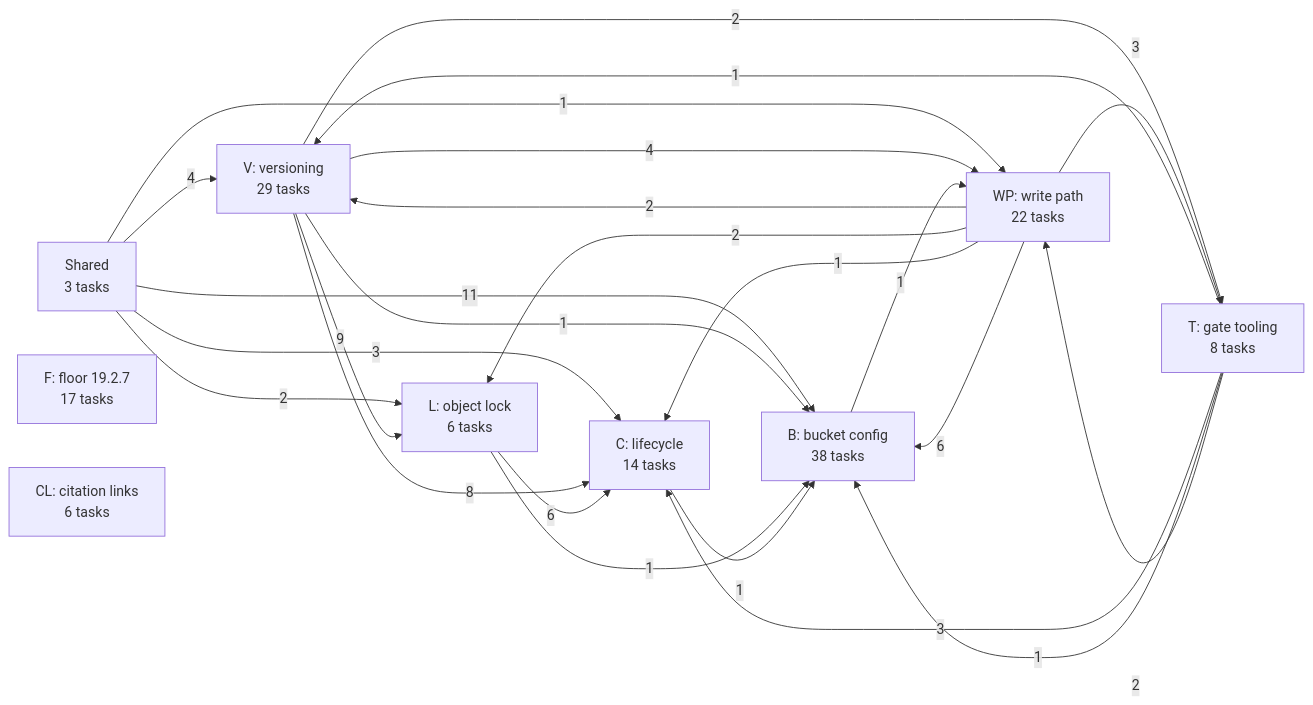
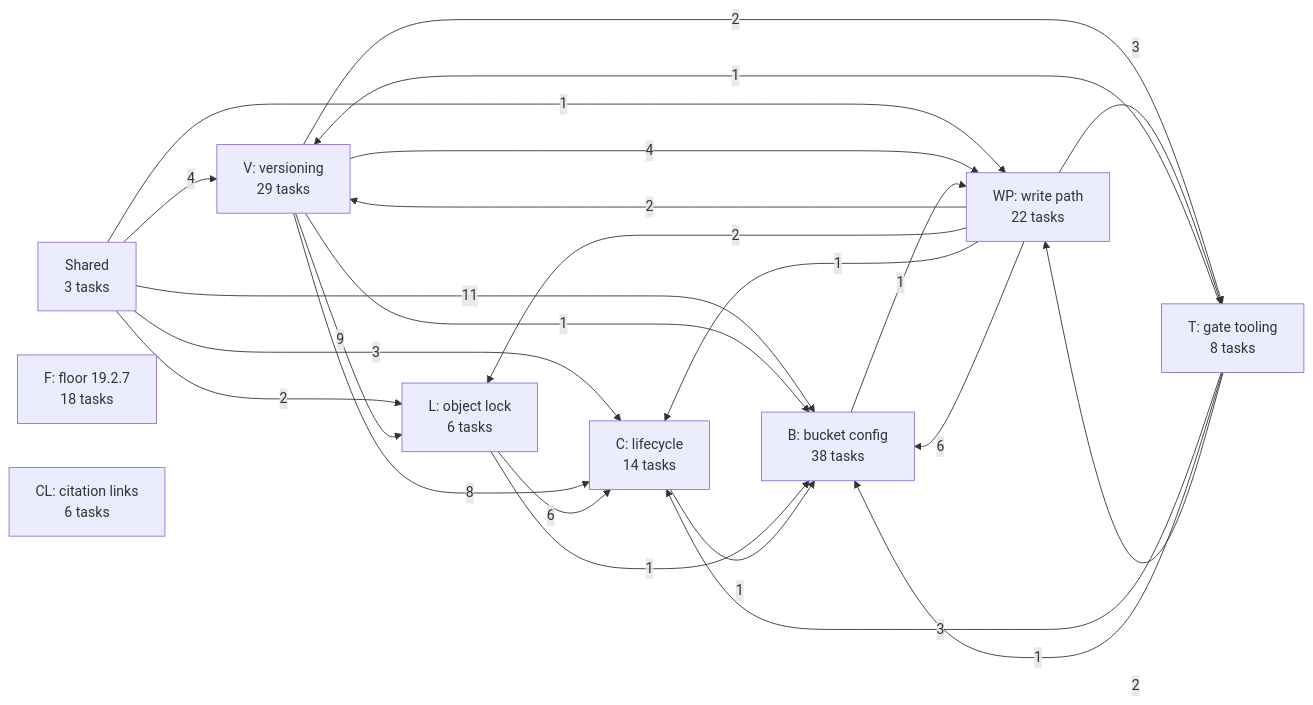
One commit to jhoblitt/rgw-go changed the first of 10 diagrams in docs/superpowers/plans/2026-10-13-phase-2/dependencies.md. Above: the diagram before and after it, drawn with Mermaid. The commit also changed other lines of this file, not shown here.

Commit message:
docs(plan): regenerate the dependency graph for F18

````diff
--- a/docs/superpowers/plans/2026-10-13-phase-2/dependencies.md
+++ b/docs/superpowers/plans/2026-10-13-phase-2/dependencies.md
@@ -13,35 +13,35 @@
 ```mermaid
 flowchart LR
   u_S["Shared<br/>3 tasks"]
-  u_F["F: floor 19.2.7<br/>17 tasks"]
+  u_F["F: floor 19.2.7<br/>18 tasks"]
   u_V["V: versioning<br/>29 tasks"]
   u_L["L: object lock<br/>6 tasks"]
   u_C["C: lifecycle<br/>14 tasks"]
   u_B["B: bucket config<br/>38 tasks"]
   u_WP["WP: write path<br/>22 tasks"]
   u_T["T: gate tooling<br/>8 tasks"]
   u_CL["CL: citation links<br/>6 tasks"]
   u_S -->|4| u_V
   u_S -->|2| u_L
   u_S -->|3| u_C
   u_S -->|11| u_B
   u_S -->|1| u_WP
   u_V -->|9| u_L
   u_V -->|8| u_C
   u_V -->|1| u_B
   u_V -->|4| u_WP
   u_V -->|2| u_T
   u_L -->|6| u_C
   u_L -->|1| u_B
   u_C -->|1| u_B
   u_B -->|1| u_WP
   u_WP -->|2| u_V
   u_WP -->|2| u_L
   u_WP -->|1| u_C
   u_WP -->|6| u_B
   u_WP -->|3| u_T
   u_T -->|1| u_V
   u_T -->|3| u_C
   u_T -->|1| u_B
   u_T -->|2| u_WP
 ```
````
